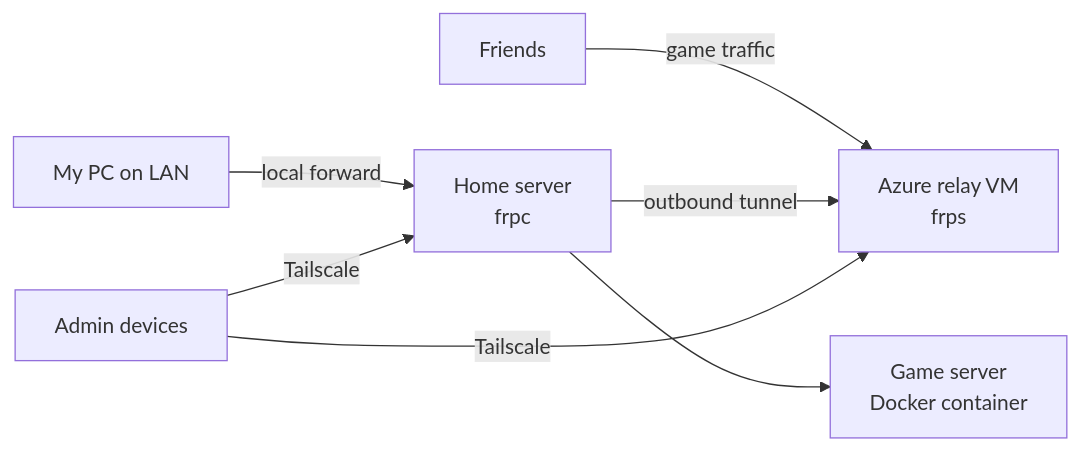
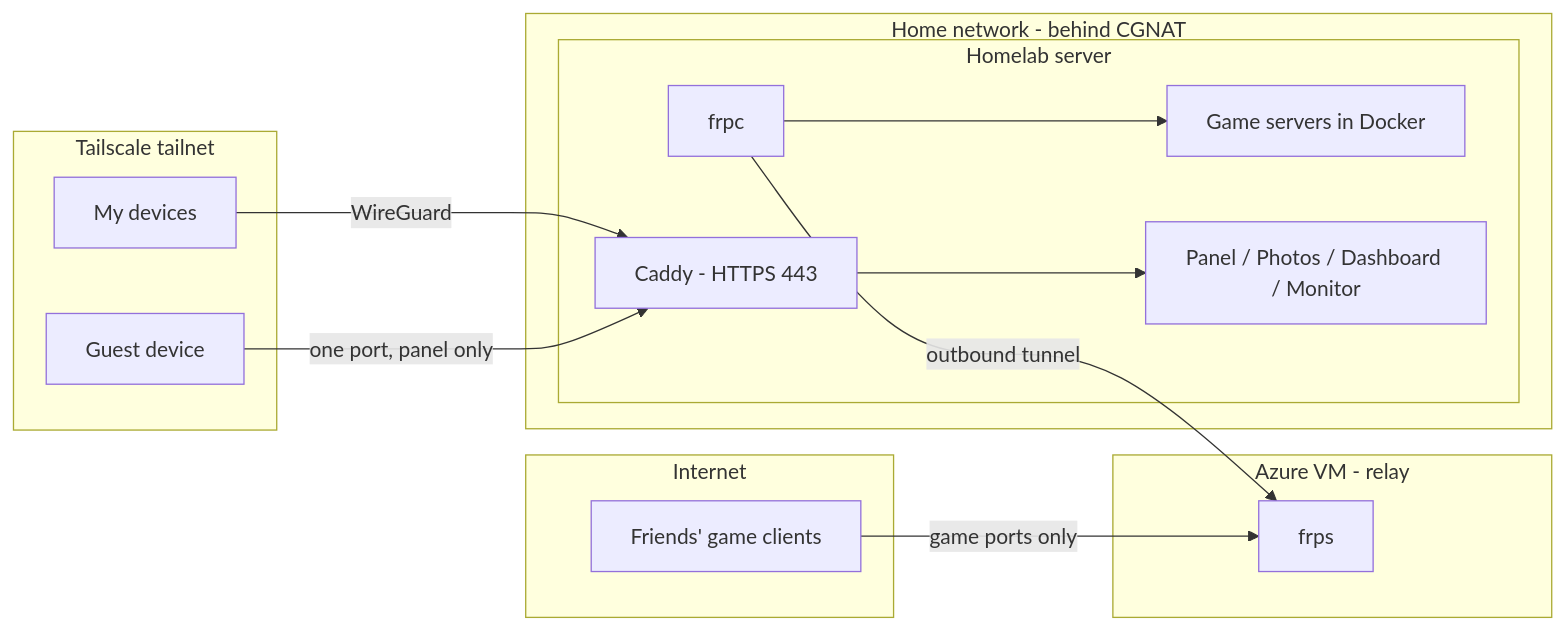
Before and after one commit to Fujiken1/homelab-portfolio: the diagram in README.md, drawn with Mermaid. The commit also changed other lines of this file, not shown here.

````diff
--- a/README.md
+++ b/README.md
@@ -18,9 +33,31 @@
 ```mermaid
 flowchart LR
-    F[Friends] -->|game traffic| R[Azure relay VM<br/>frps]
-    H[Home server<br/>frpc] -->|outbound tunnel| R
-    L[My PC on LAN] -->|local forward| H
-    A[Admin devices] -->|Tailscale| H
-    A -->|Tailscale| R
-    H --> C[Game server<br/>Docker container]
+    subgraph Internet
+        P[Friends' game clients]
+    end
+
+    subgraph Cloud["Azure VM - relay"]
+        FRPS[frps]
+    end
+
+    subgraph Home["Home network - behind CGNAT"]
+        subgraph Server["Homelab server"]
+            FRPC[frpc]
+            GAMES[Game servers in Docker]
+            CADDY[Caddy - HTTPS 443]
+            APPS[Panel / Photos / Dashboard / Monitor]
+        end
+    end
+
+    subgraph Tailnet["Tailscale tailnet"]
+        ME[My devices]
+        GUEST[Guest device]
+    end
+
+    P -->|game ports only| FRPS
+    FRPC -->|outbound tunnel| FRPS
+    FRPC --> GAMES
+    ME -->|WireGuard| CADDY
+    GUEST -->|one port, panel only| CADDY
+    CADDY --> APPS
 ```
````
